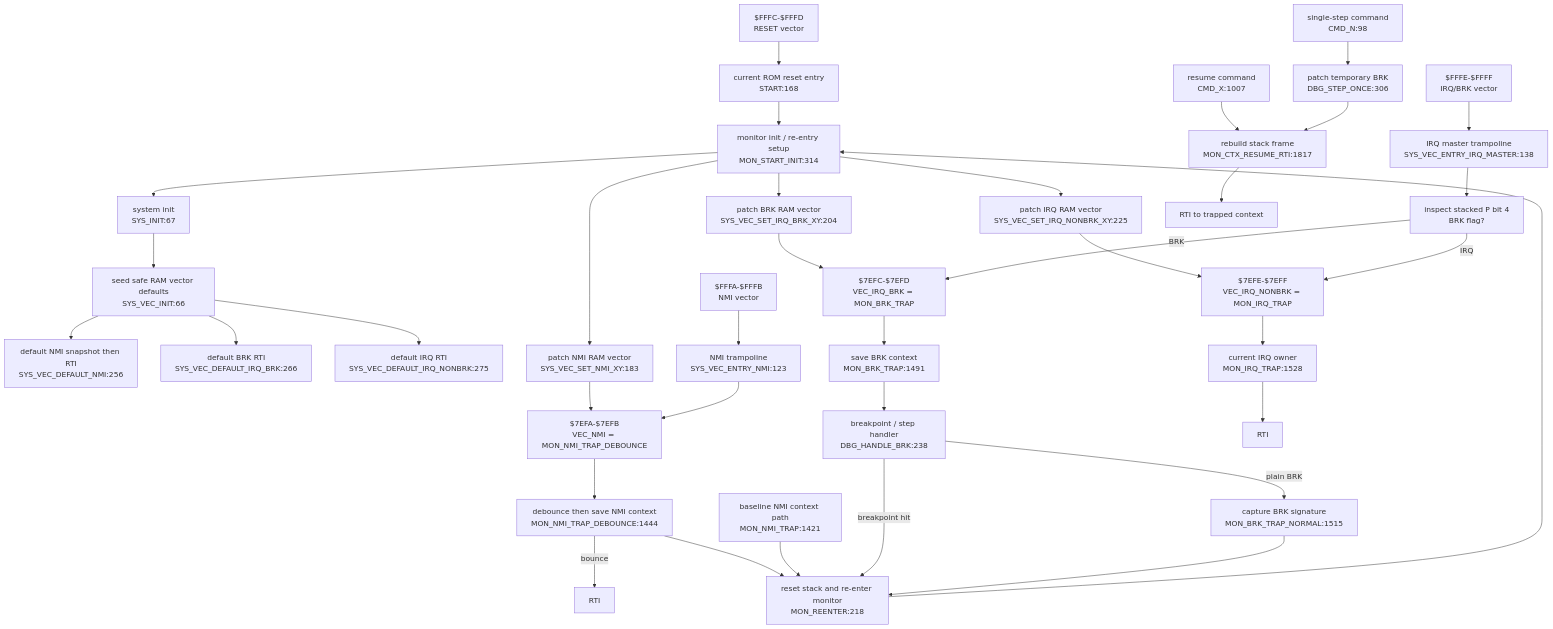
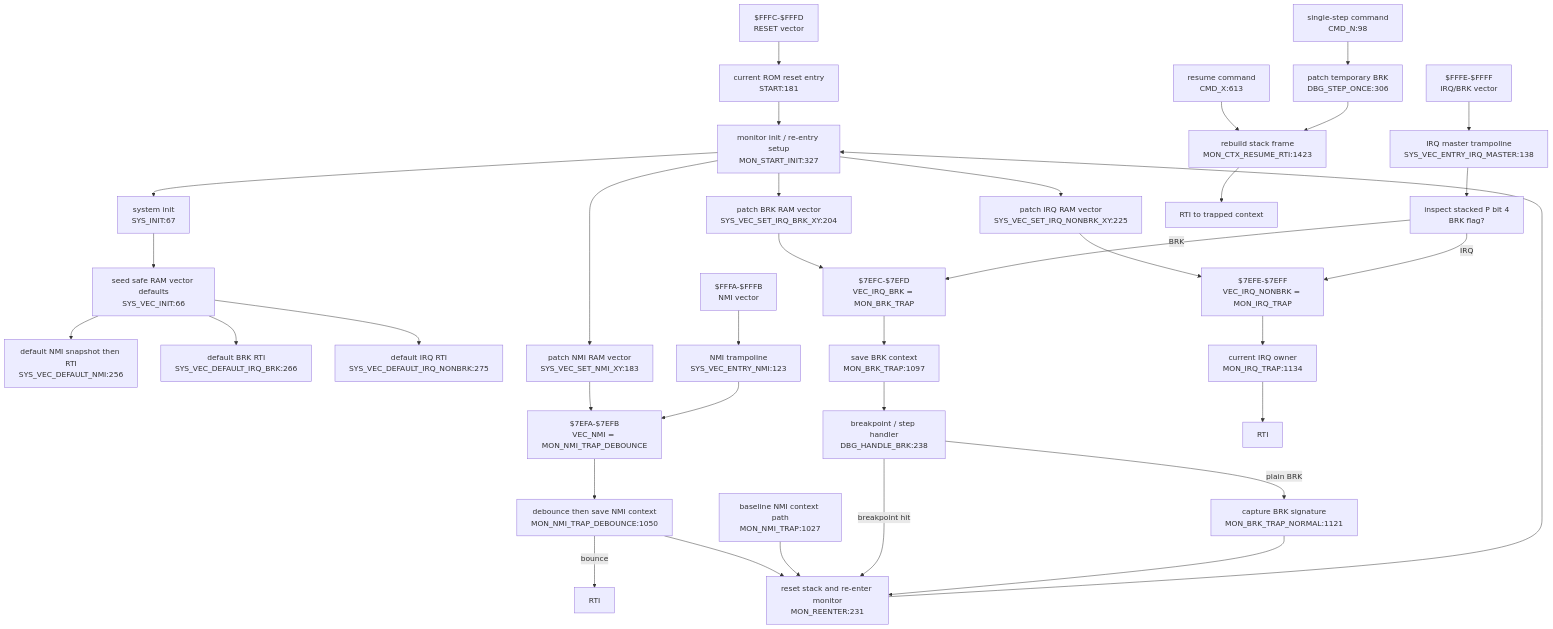
One commit to 95westus/R-YORS changed the diagram in DOC/GENERATED/INTERRUPT_VECTOR_MAP.md. Above: the diagram before and after it, drawn with Mermaid. The commit also changed other lines of this file and 46 other files, not shown here.

````diff
--- a/DOC/GENERATED/INTERRUPT_VECTOR_MAP.md
+++ b/DOC/GENERATED/INTERRUPT_VECTOR_MAP.md
@@ -25,42 +25,42 @@
 ```mermaid
 flowchart TD
-    RESETV["$FFFC-$FFFD<br/>RESET vector"] --> STARTN["current ROM reset entry<br/>START:168"]
-    STARTN --> INIT["monitor init / re-entry setup<br/>MON_START_INIT:314"]
+    RESETV["$FFFC-$FFFD<br/>RESET vector"] --> STARTN["current ROM reset entry<br/>START:181"]
+    STARTN --> INIT["monitor init / re-entry setup<br/>MON_START_INIT:327"]
     INIT --> SYSINIT["system init<br/>SYS_INIT:67"]
     SYSINIT --> VECINIT["seed safe RAM vector defaults<br/>SYS_VEC_INIT:66"]
     VECINIT --> DEFNMI["default NMI snapshot then RTI<br/>SYS_VEC_DEFAULT_NMI:256"]
     VECINIT --> DEFBRK["default BRK RTI<br/>SYS_VEC_DEFAULT_IRQ_BRK:266"]
     VECINIT --> DEFIRQ["default IRQ RTI<br/>SYS_VEC_DEFAULT_IRQ_NONBRK:275"]
 
     INIT --> SETNMI["patch NMI RAM vector<br/>SYS_VEC_SET_NMI_XY:183"]
     INIT --> SETBRK["patch BRK RAM vector<br/>SYS_VEC_SET_IRQ_BRK_XY:204"]
     INIT --> SETIRQ["patch IRQ RAM vector<br/>SYS_VEC_SET_IRQ_NONBRK_XY:225"]
     SETNMI --> VECNMI["$7EFA-$7EFB<br/>VEC_NMI = MON_NMI_TRAP_DEBOUNCE"]
     SETBRK --> VECBRK["$7EFC-$7EFD<br/>VEC_IRQ_BRK = MON_BRK_TRAP"]
     SETIRQ --> VECIRQ["$7EFE-$7EFF<br/>VEC_IRQ_NONBRK = MON_IRQ_TRAP"]
 
     NMIV["$FFFA-$FFFB<br/>NMI vector"] --> NMIENTRY["NMI trampoline<br/>SYS_VEC_ENTRY_NMI:123"]
     NMIENTRY --> VECNMI
-    VECNMI --> NMITRAP["debounce then save NMI context<br/>MON_NMI_TRAP_DEBOUNCE:1444"]
+    VECNMI --> NMITRAP["debounce then save NMI context<br/>MON_NMI_TRAP_DEBOUNCE:1050"]
     NMITRAP -->|bounce| RTINMI["RTI"]
-    NMITRAP --> REENTER["reset stack and re-enter monitor<br/>MON_REENTER:218"]
-    NMIBASE["baseline NMI context path<br/>MON_NMI_TRAP:1421"] --> REENTER
+    NMITRAP --> REENTER["reset stack and re-enter monitor<br/>MON_REENTER:231"]
+    NMIBASE["baseline NMI context path<br/>MON_NMI_TRAP:1027"] --> REENTER
     REENTER --> INIT
 
     IRQV["$FFFE-$FFFF<br/>IRQ/BRK vector"] --> IRQMASTER["IRQ master trampoline<br/>SYS_VEC_ENTRY_IRQ_MASTER:138"]
     IRQMASTER --> SPLIT["inspect stacked P bit 4<br/>BRK flag?"]
     SPLIT -->|BRK| VECBRK
     SPLIT -->|IRQ| VECIRQ
-    VECBRK --> BRKTRAP["save BRK context<br/>MON_BRK_TRAP:1491"]
+    VECBRK --> BRKTRAP["save BRK context<br/>MON_BRK_TRAP:1097"]
     BRKTRAP --> DBGBRK["breakpoint / step handler<br/>DBG_HANDLE_BRK:238"]
     DBGBRK -->|breakpoint hit| REENTER
-    DBGBRK -->|plain BRK| BRKNORMAL["capture BRK signature<br/>MON_BRK_TRAP_NORMAL:1515"]
+    DBGBRK -->|plain BRK| BRKNORMAL["capture BRK signature<br/>MON_BRK_TRAP_NORMAL:1121"]
     BRKNORMAL --> REENTER
-    VECIRQ --> IRQTRAP["current IRQ owner<br/>MON_IRQ_TRAP:1528"]
+    VECIRQ --> IRQTRAP["current IRQ owner<br/>MON_IRQ_TRAP:1134"]
     IRQTRAP --> RTIIRQ["RTI"]
 
-    CMDX["resume command<br/>CMD_X:1007"] --> RESUME["rebuild stack frame<br/>MON_CTX_RESUME_RTI:1817"]
+    CMDX["resume command<br/>CMD_X:613"] --> RESUME["rebuild stack frame<br/>MON_CTX_RESUME_RTI:1423"]
     CMDN["single-step command<br/>CMD_N:98"] --> STEP["patch temporary BRK<br/>DBG_STEP_ONCE:306"]
     STEP --> RESUME
     RESUME --> RTIRES["RTI to trapped context"]
 ```
````
